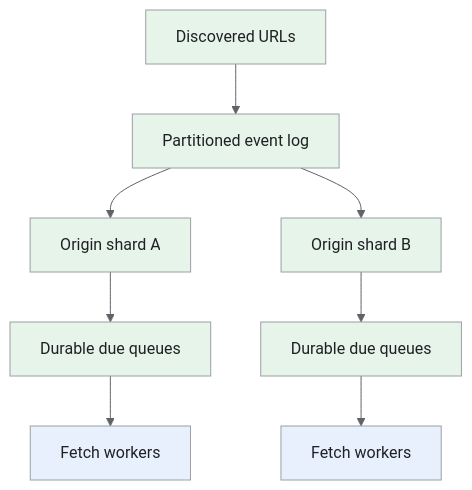
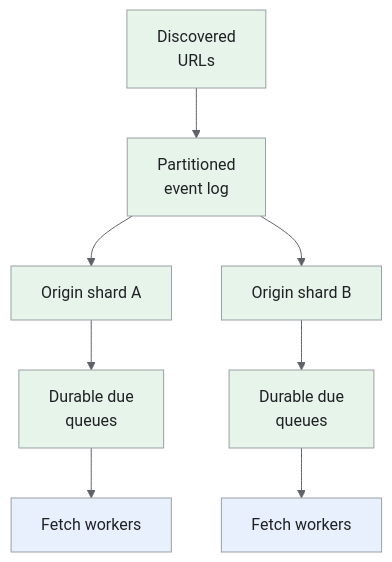
One commit to iliazlobin/iliazlobin.github.io changed the fifth of 6 diagrams in _designs/system-design-web-crawler.md. Above: the diagram before and after it, drawn with Mermaid. The commit also changed other lines of this file and 116 other files, not shown here.

````diff
--- a/_designs/system-design-web-crawler.md
+++ b/_designs/system-design-web-crawler.md
@@ -276,17 +303,17 @@
 ```mermaid
-%%{init: {'theme':'base','themeVariables':{'primaryColor':'#e8f0fe','primaryTextColor':'#202124','primaryBorderColor':'#9aa0a6','lineColor':'#5f6368','secondaryColor':'#e6f4ea','tertiaryColor':'#fef7e0','actorBkg':'#e8f0fe','actorBorder':'#9aa0a6','actorTextColor':'#202124','noteBkgColor':'#fef7e0','noteTextColor':'#202124','noteBorderColor':'#9aa0a6','signalColor':'#5f6368','signalTextColor':'#202124','labelBoxBkgColor':'#fef7e0','labelBoxBorderColor':'#9aa0a6'}}}%%
+%%{init: {"theme":"base","themeVariables":{"primaryColor":"#e8f0fe","primaryBorderColor":"#9aa0a6","primaryTextColor":"#202124","secondaryColor":"#e6f4ea","tertiaryColor":"#fef7e0","lineColor":"#5f6368","actorBkg":"#e8f0fe","actorBorder":"#9aa0a6","actorTextColor":"#202124","noteBkgColor":"#fef7e0","noteBorderColor":"#9aa0a6","noteTextColor":"#202124","signalColor":"#5f6368","signalTextColor":"#202124"}}}%%
 flowchart TB
-  D["Discovered URLs"] --> K["Partitioned event log"]
+  D["Discovered<br>URLs"] --> K["Partitioned<br>event log"]
   K --> A["Origin shard A"]
   K --> B["Origin shard B"]
-  A --> Q1["Durable due queues"]
-  B --> Q2["Durable due queues"]
+  A --> Q1["Durable due<br>queues"]
+  B --> Q2["Durable due<br>queues"]
   Q1 --> W1["Fetch workers"]
   Q2 --> W2["Fetch workers"]
 classDef request fill:#e8f0fe,stroke:#9aa0a6,color:#202124;
 classDef data fill:#e6f4ea,stroke:#9aa0a6,color:#202124;
 classDef control fill:#fef7e0,stroke:#9aa0a6,color:#202124;
 class W1,W2 request;
 class D,K,A,B,Q1,Q2 data;
 
 ```
````
